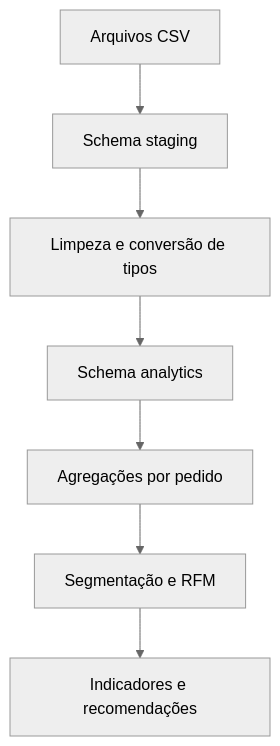
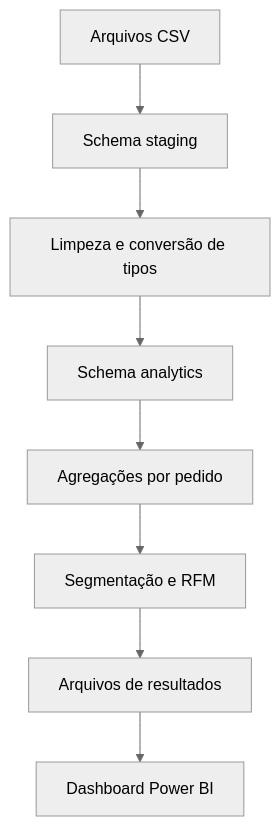
Before and after one commit to Lilianerefatti/analise-clientes-olist-sql: the diagram in README.md, drawn with Mermaid (neutral theme). The commit also changed other lines of this file and 8 other files, not shown here.

First line of the commit message:
Adiciona dashboard Power BI e resultados da análise

````diff
--- a/README.md
+++ b/README.md
@@ -27,9 +31,10 @@
 ```mermaid
 flowchart TD
     A[Arquivos CSV] --> B[Schema staging]
     B --> C[Limpeza e conversão de tipos]
     C --> D[Schema analytics]
     D --> E[Agregações por pedido]
     E --> F[Segmentação e RFM]
-    F --> G[Indicadores e recomendações]
+    F --> G[Arquivos de resultados]
+    G --> H[Dashboard Power BI]
 ```
````
